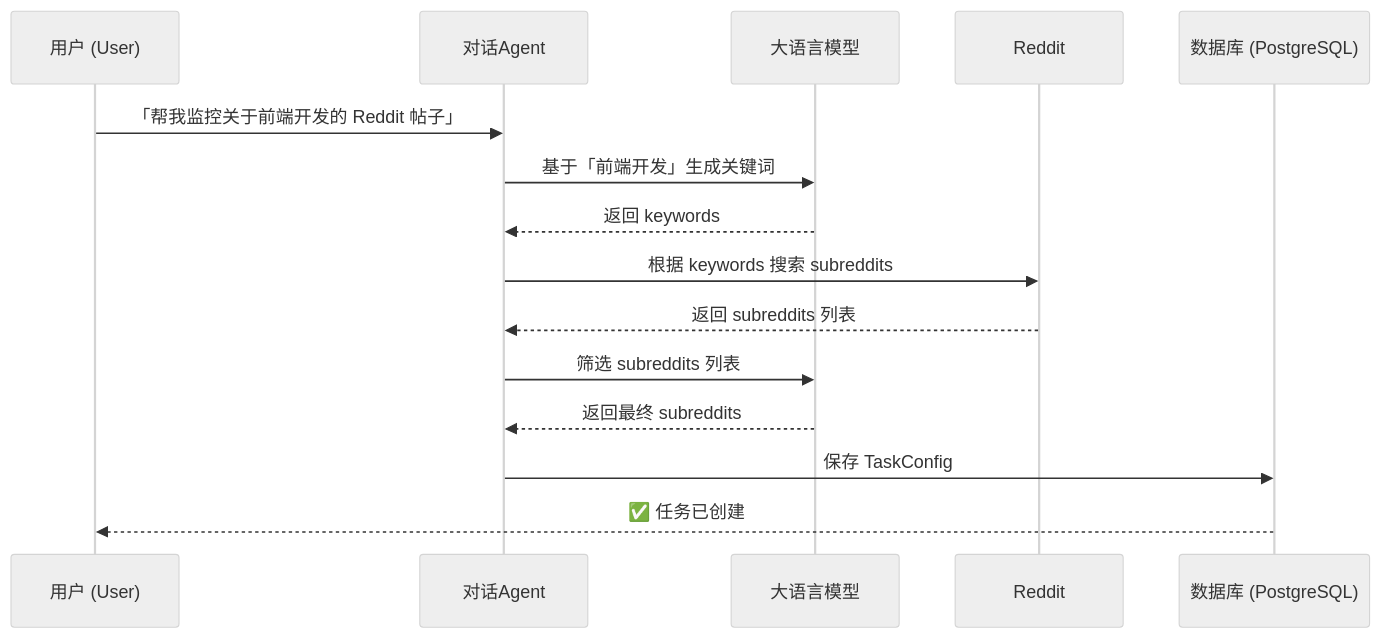
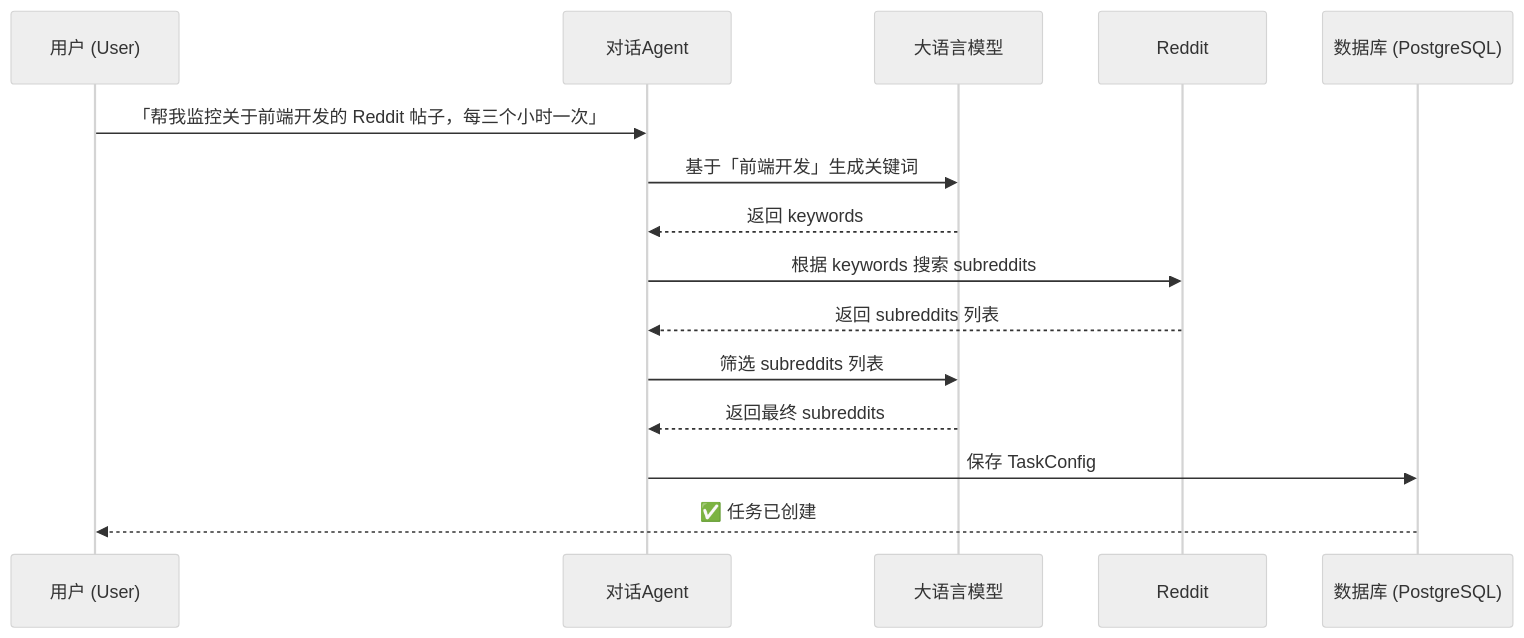
The second of 4 diagrams in README.md (JinJieBeWater/redgent), drawn with Mermaid (neutral theme) before and after one commit. The commit also changed 23 other files, not shown here.

````diff
--- a/README.md
+++ b/README.md
@@ -108,18 +108,18 @@
 ```mermaid
 sequenceDiagram
     participant U as 用户 (User)
     participant Agent as 对话Agent
     participant LLM as 大语言模型
     participant Reddit as Reddit
     participant DB as 数据库 (PostgreSQL)
 
-    U->>Agent: 「帮我监控关于前端开发的 Reddit 帖子」
+    U->>Agent: 「帮我监控关于前端开发的 Reddit 帖子，每三个小时一次」
     Agent->>LLM: 基于「前端开发」生成关键词
     LLM-->>Agent: 返回 keywords
     Agent->>Reddit: 根据 keywords 搜索 subreddits
     Reddit-->>Agent: 返回 subreddits 列表
     Agent->>LLM: 筛选 subreddits 列表
     LLM-->>Agent: 返回最终 subreddits
     Agent->>DB: 保存 TaskConfig
     DB-->>U: ✅ 任务已创建
 ```
````
